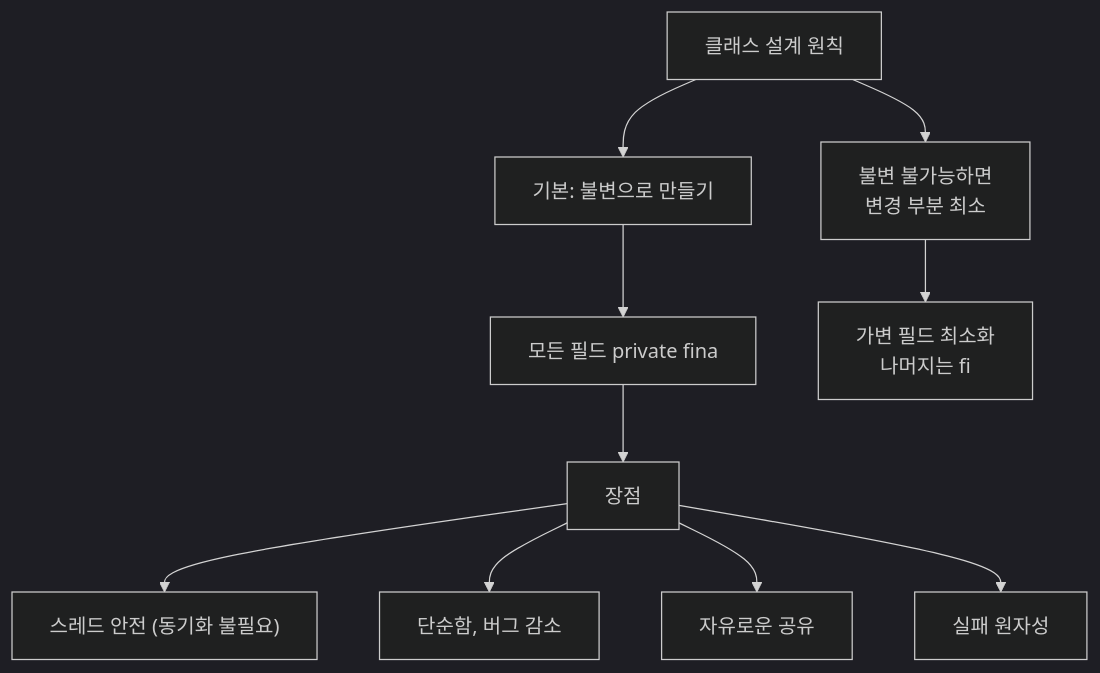
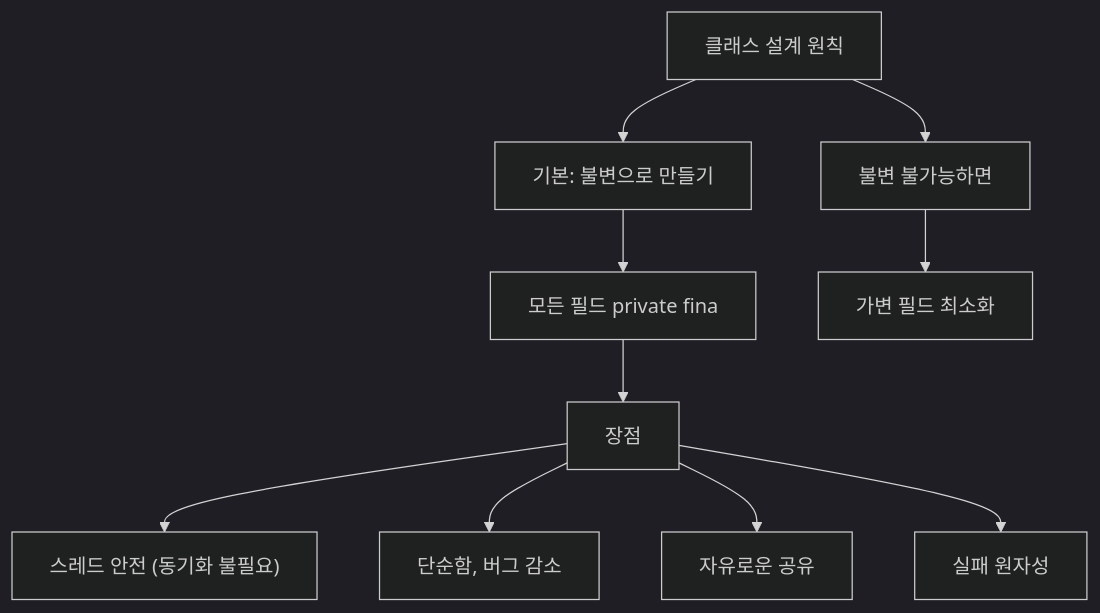
One commit to yjkim2015/yjkim2015.github.io changed the third of 3 diagrams in _posts/java/2022-01-03-effective-java17.md. Above: the diagram before and after it, drawn with Mermaid (dark theme). The commit also changed other lines of this file and 217 other files, not shown here.

First line of the commit message:
Mermaid 크기 수정: useMaxWidth:true + SVG max-width:100% + 라벨 축소

````diff
--- a/_posts/java/2022-01-03-effective-java17.md
+++ b/_posts/java/2022-01-03-effective-java17.md
@@ -207,12 +207,12 @@
 ```mermaid
 graph TD
     A["클래스 설계 원칙"] --> B["기본: 불변으로 만들기"]
     B --> C["모든 필드 private fina"]
-    A --> D["불변 불가능하면\n변경 부분 최소"]
-    D --> E["가변 필드 최소화\n나머지는 fi"]
+    A --> D["불변 불가능하면"]
+    D --> E["가변 필드 최소화"]
     C --> F["장점"]
     F --> F1["스레드 안전 (동기화 불필요)"]
     F --> F2["단순함, 버그 감소"]
     F --> F3["자유로운 공유"]
     F --> F4["실패 원자성"]
 ```
````
